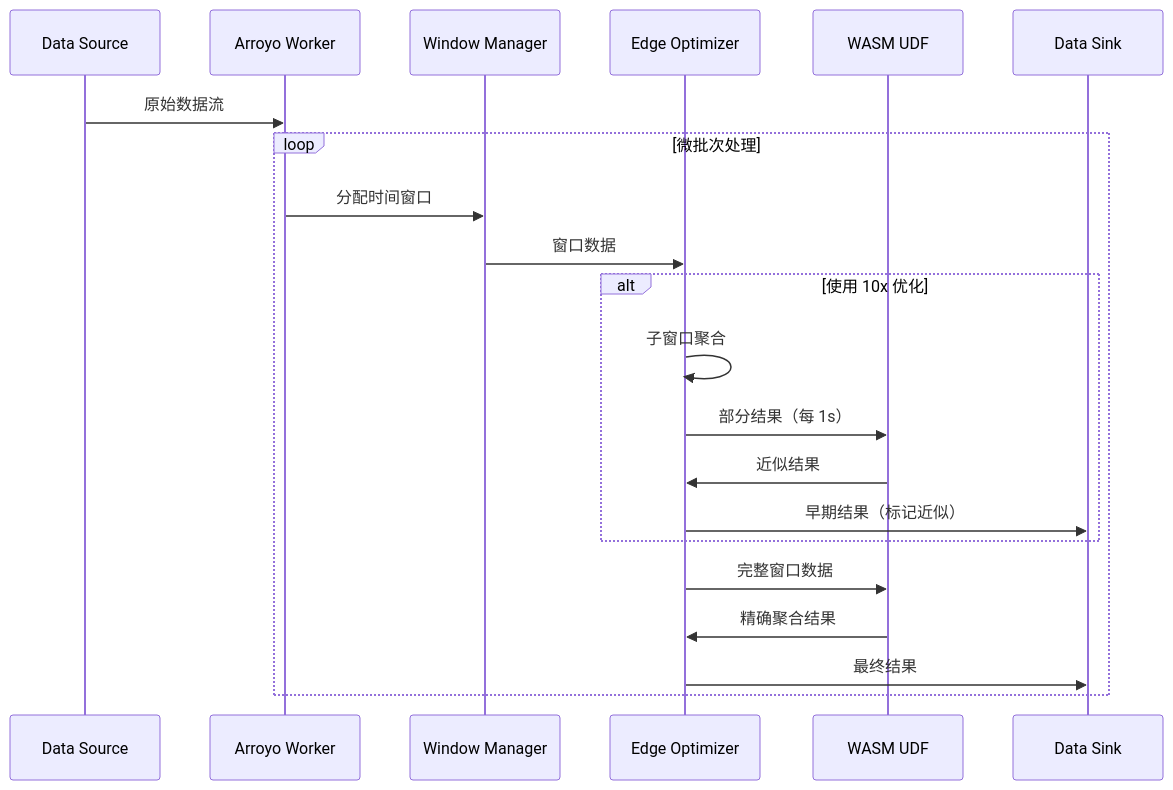
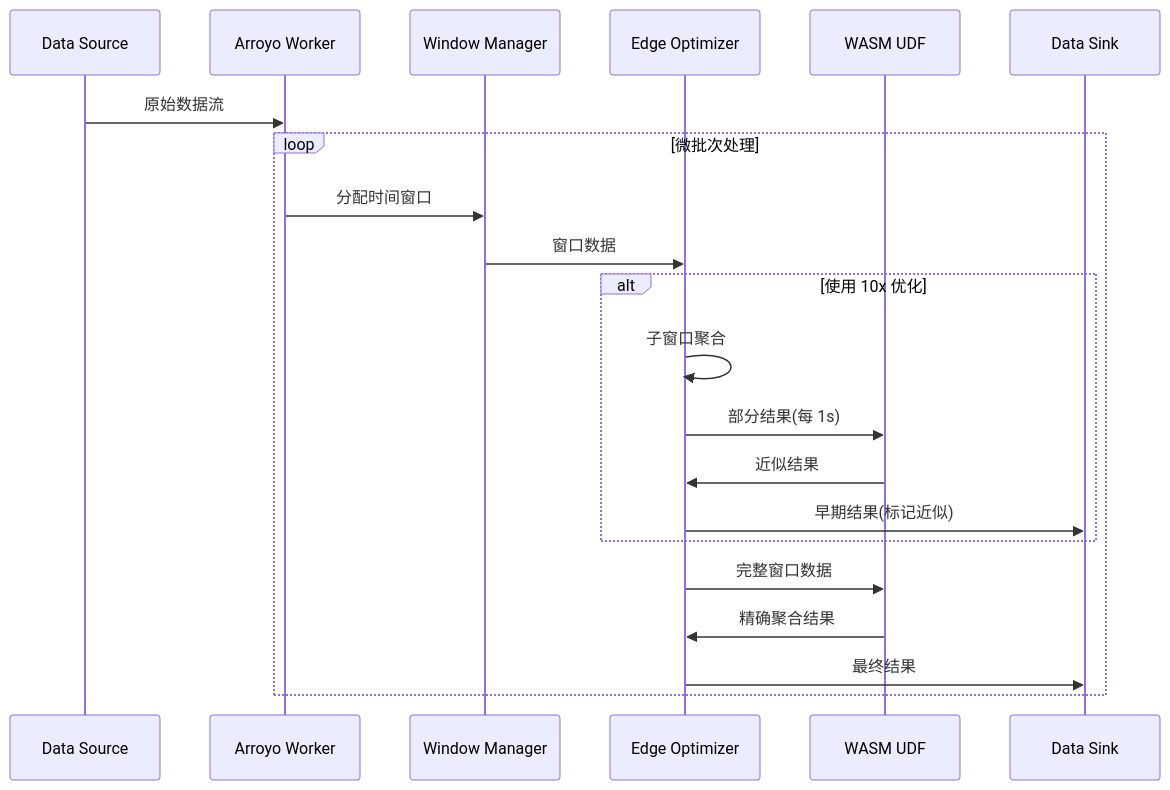
One commit to AdaMartin18010/AnalysisDataFlow changed the seventh of 7 diagrams in Knowledge/Flink-Scala-Rust-Comprehensive/src-analysis/arroyo-wasm-edge-src.md. Above: the diagram before and after it, drawn with Mermaid. The commit also changed other lines of this file and 634 other files, not shown here.

````diff
--- a/Knowledge/Flink-Scala-Rust-Comprehensive/src-analysis/arroyo-wasm-edge-src.md
+++ b/Knowledge/Flink-Scala-Rust-Comprehensive/src-analysis/arroyo-wasm-edge-src.md
@@ -982,27 +982,27 @@
 ```mermaid
 sequenceDiagram
     participant Source as Data Source
     participant Worker as Arroyo Worker
     participant Window as Window Manager
     participant Edge as Edge Optimizer
     participant WASM as WASM UDF
     participant Sink as Data Sink
 
     Source->>Worker: 原始数据流
 
     loop 微批次处理
         Worker->>Window: 分配时间窗口
         Window->>Edge: 窗口数据
 
         alt 使用 10x 优化
             Edge->>Edge: 子窗口聚合
-            Edge->>WASM: 部分结果（每 1s）
+            Edge->>WASM: 部分结果(每 1s)
             WASM->>Edge: 近似结果
-            Edge->>Sink: 早期结果（标记近似）
+            Edge->>Sink: 早期结果(标记近似)
         end
 
         Edge->>WASM: 完整窗口数据
         WASM->>Edge: 精确聚合结果
         Edge->>Sink: 最终结果
     end
 ```
````
